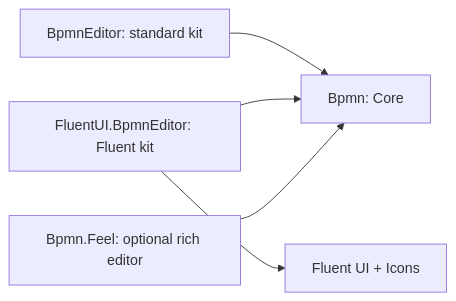
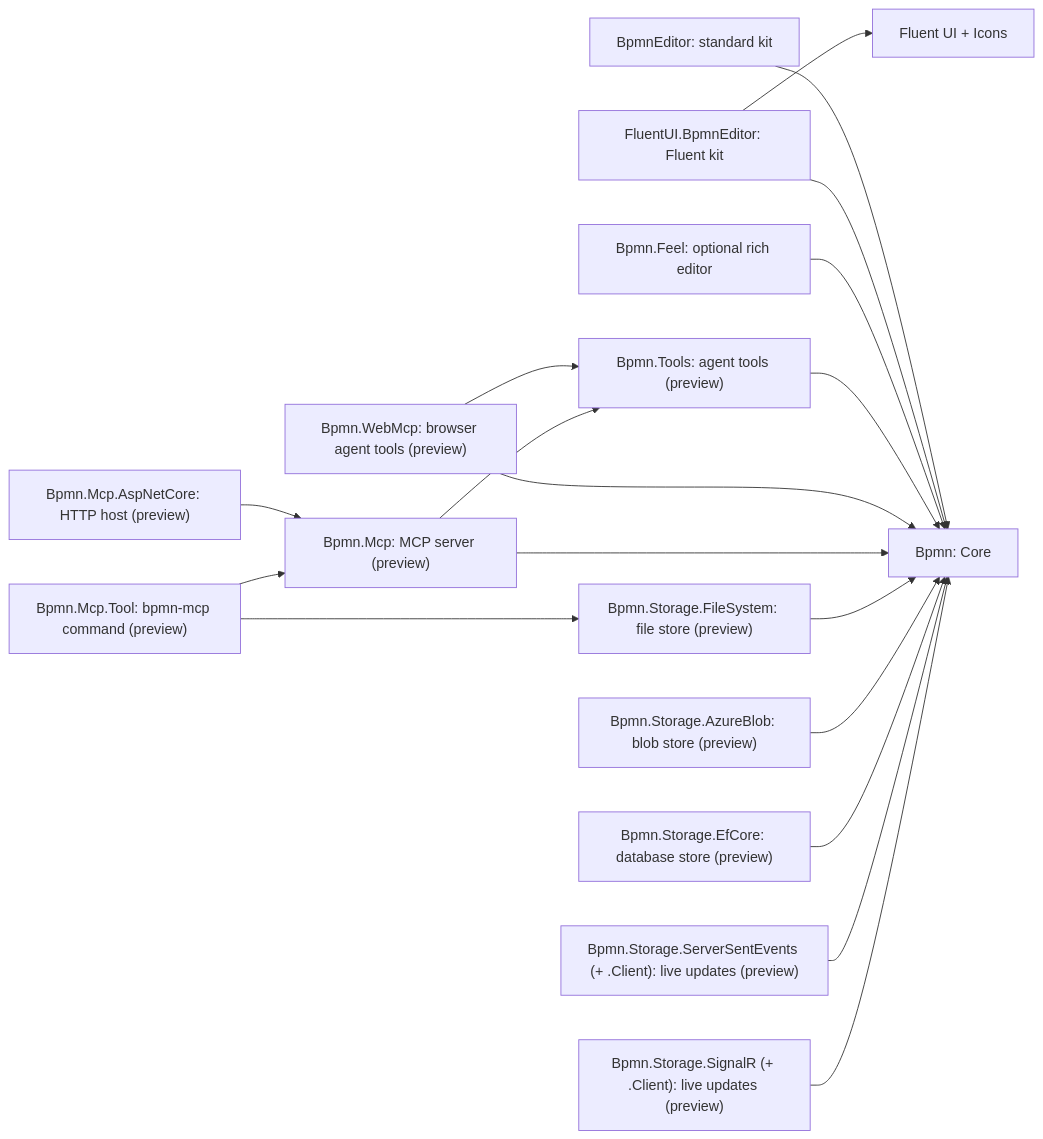
One commit to miguelhasse/BlazorBpmnEditor changed the first of 2 diagrams in README.md. Above: the diagram before and after it, drawn with Mermaid. The commit also changed other lines of this file and 409 other files, not shown here.

First line of the commit message:
Add MCP, storage, and live-update support

````diff
--- a/README.md
+++ b/README.md
@@ -24,7 +37,20 @@
 ```mermaid
 flowchart LR
     Standard["BpmnEditor: standard kit"] --> Core["Bpmn: Core"]
     Fluent["FluentUI.BpmnEditor: Fluent kit"] --> Core
     Fluent --> FluentUI["Fluent UI + Icons"]
     Feel["Bpmn.Feel: optional rich editor"] --> Core
+    Tools["Bpmn.Tools: agent tools (preview)"] --> Core
+    WebMcp["Bpmn.WebMcp: browser agent tools (preview)"] --> Core
+    WebMcp --> Tools
+    Mcp["Bpmn.Mcp: MCP server (preview)"] --> Core
+    Mcp --> Tools
+    FileStore["Bpmn.Storage.FileSystem: file store (preview)"] --> Core
+    BlobStore["Bpmn.Storage.AzureBlob: blob store (preview)"] --> Core
+    EfStore["Bpmn.Storage.EfCore: database store (preview)"] --> Core
+    Sse["Bpmn.Storage.ServerSentEvents (+ .Client): live updates (preview)"] --> Core
+    SignalRFeed["Bpmn.Storage.SignalR (+ .Client): live updates (preview)"] --> Core
+    McpHttp["Bpmn.Mcp.AspNetCore: HTTP host (preview)"] --> Mcp
+    McpTool["Bpmn.Mcp.Tool: bpmn-mcp command (preview)"] --> Mcp
+    McpTool --> FileStore
 ```
````
